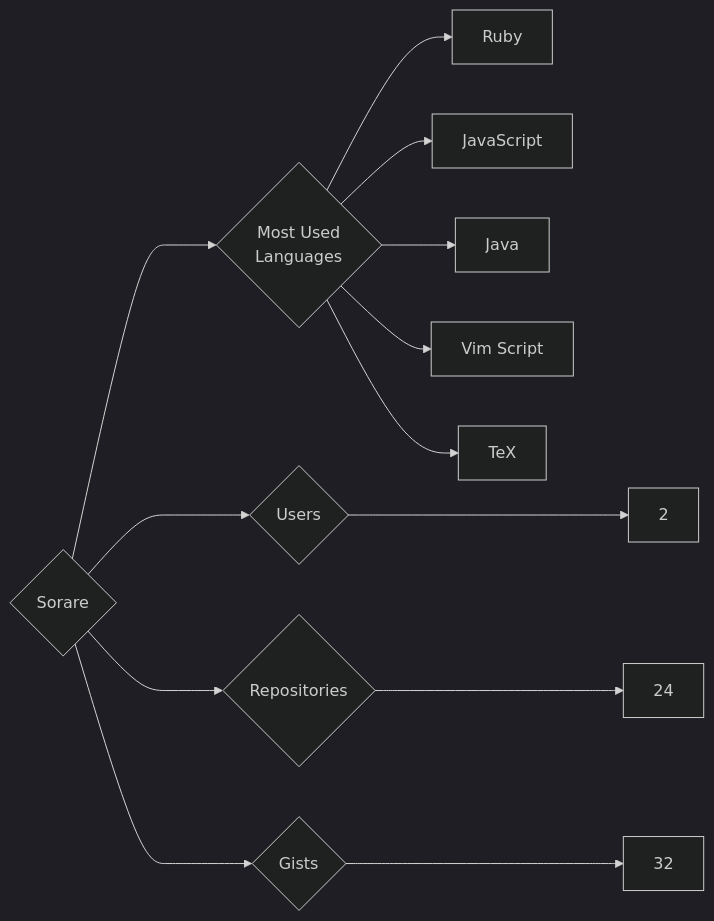
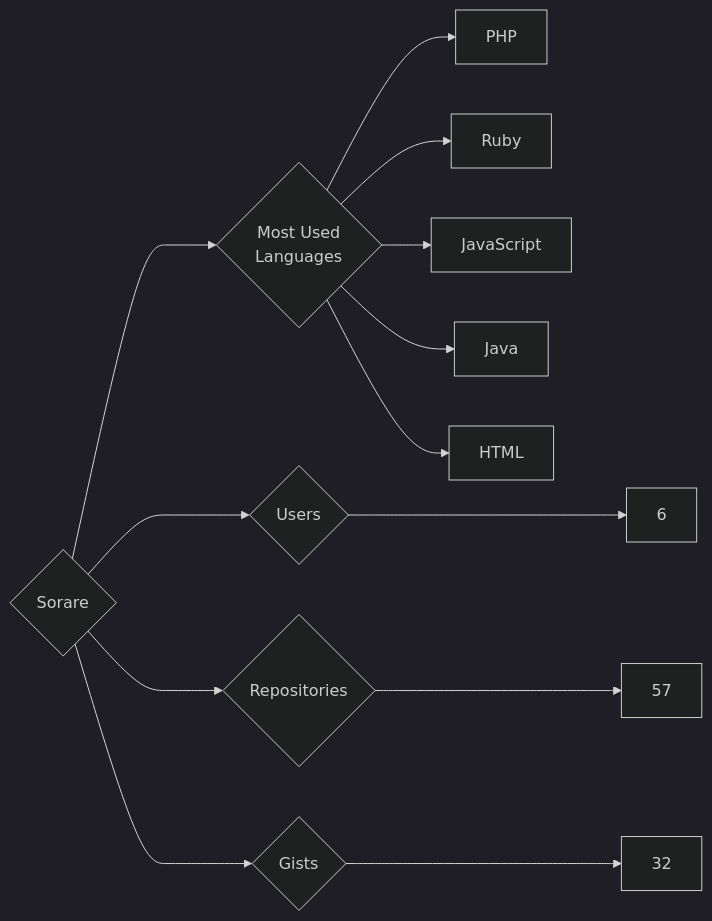
Before and after one commit to trickest/insiders: the diagram in targets/Sorare/README.md, drawn with Mermaid (dark theme). The commit also changed 903 other files, not shown here.

````diff
--- a/targets/Sorare/README.md
+++ b/targets/Sorare/README.md
@@ -3,13 +3,13 @@
 ```mermaid
 graph LR
 COMPANY_NAME{Sorare}
-COMPANY_NAME ---> U{Users} ---> UN[2]
-COMPANY_NAME ---> R{Repositories} ---> RN[24]
+COMPANY_NAME ---> U{Users} ---> UN[6]
+COMPANY_NAME ---> R{Repositories} ---> RN[57]
 COMPANY_NAME ---> G{Gists} ---> GN[32]
 COMPANY_NAME ---> ML{Most Used<br>Languages}
+ML --> PHP[PHP]
 ML --> Ruby[Ruby]
 ML --> JavaScript[JavaScript]
 ML --> Java[Java]
-ML --> Vim_Script[Vim Script]
-ML --> TeX[TeX]
+ML --> HTML[HTML]
 ```
````
